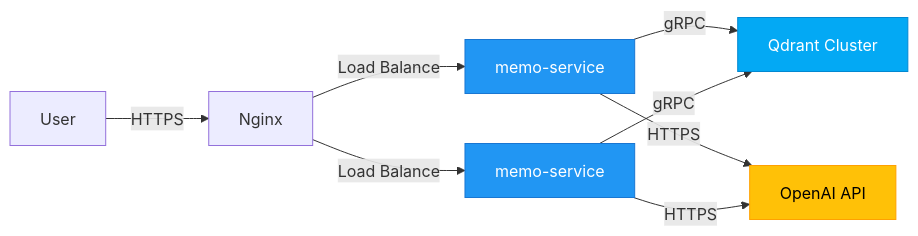
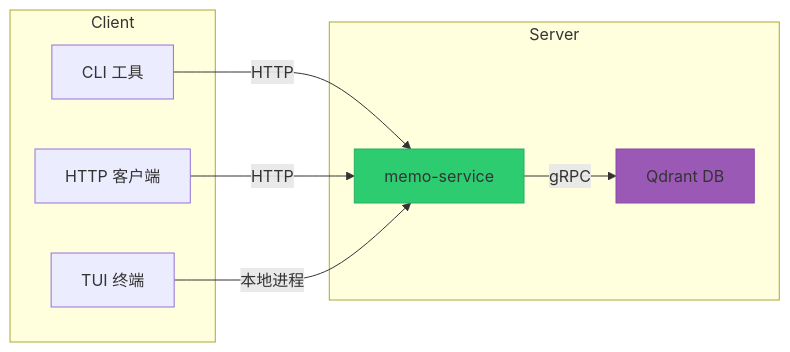
The ninth of 9 diagrams in litho.docs/2、架构概览.md (sopaco/cortex-mem), drawn with Mermaid before and after one commit. The commit also changed other lines of this file and 16 other files, not shown here.

````diff
--- a/litho.docs/2、架构概览.md
+++ b/litho.docs/2、架构概览.md
@@ -442,15 +479,21 @@
 ```mermaid
 graph LR
-    User -->|HTTPS| Nginx
-    Nginx -->|Load Balance| Service1[memo-service]
-    Nginx -->|Load Balance| Service2[memo-service]
-    Service1 -->|gRPC| Qdrant[Qdrant Cluster]
-    Service2 -->|gRPC| Qdrant
-    Service1 -->|HTTPS| OpenAI[OpenAI API]
-    Service2 -->|HTTPS| OpenAI
+    subgraph Client
+        CLI[CLI 工具]
+        HTTP[HTTP 客户端]
+        TUI[TUI 终端]
+    end
 
-    style Service1 fill:#2196F3,stroke:#1976D2,color:white
-    style Service2 fill:#2196F3,stroke:#1976D2,color:white
-    style Qdrant fill:#03A9F4,stroke:#0288D1,color:white
-    style OpenAI fill:#FFC107,stroke:#FFA000,color:black
+    subgraph Server
+        S[memo-service]
+        Q[Qdrant DB]
+    end
+
+    CLI -->|HTTP| S
+    HTTP -->|HTTP| S
+    TUI -->|本地进程| S
+    S -->|gRPC| Q
+
+    style S fill:#2ecc71,stroke:#27ae60
+    style Q fill:#9b59b6,stroke:#8e44ad
 ```
````
